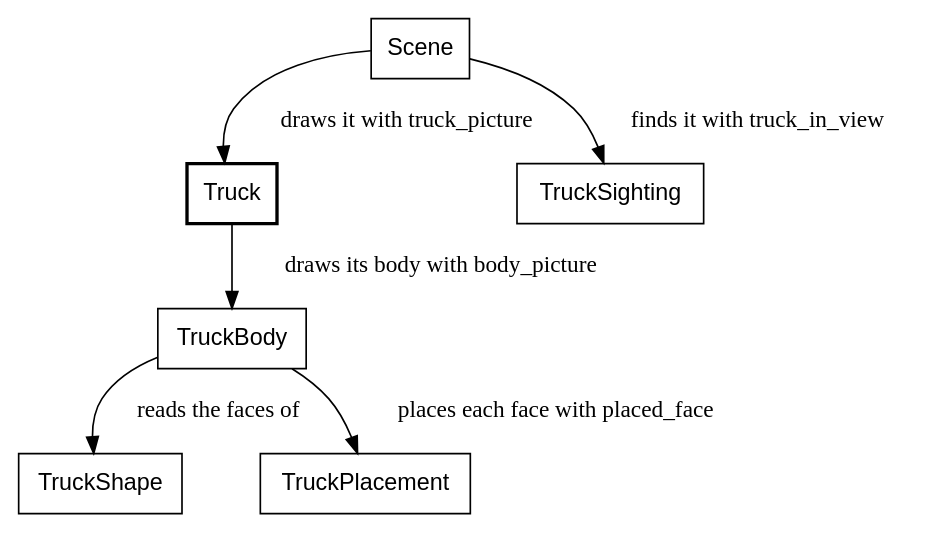
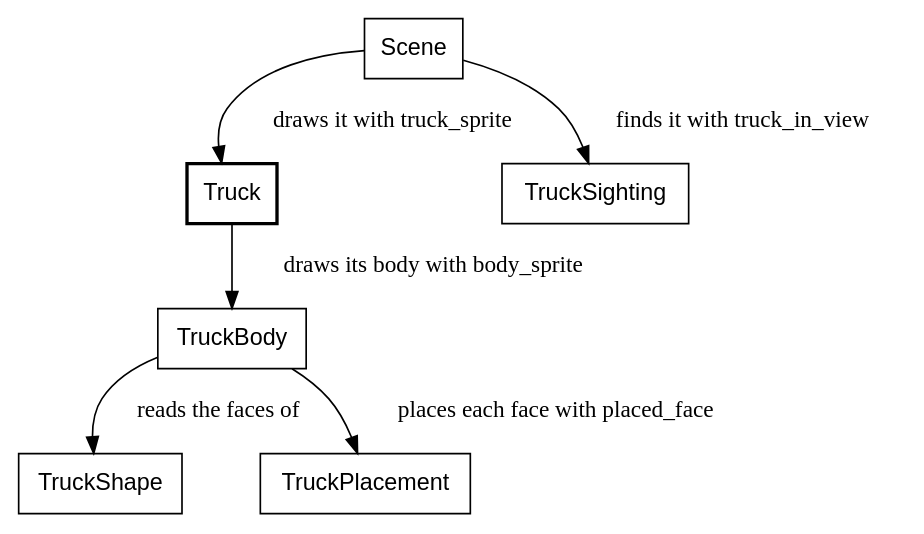
Diagram 19 of 29 in canvas_apps/safari/tutorial/tutorial.md (showell/roc-apps), drawn with Graphviz before and after one commit. The commit also changed other lines of this file and 27 other files, not shown here.

First line of the commit message:
Safari: rename Picture to Sprite

````diff
--- a/canvas_apps/safari/tutorial/tutorial.md
+++ b/canvas_apps/safari/tutorial/tutorial.md
@@ -2049,11 +2049,11 @@
 ```dot
 digraph truck_drawing {
   node [shape=box, fontname="Helvetica"];
   Truck [style=bold];
   Scene -> TruckSighting [label="  finds it with truck_in_view"];
-  Scene -> Truck [label="  draws it with truck_picture"];
-  Truck -> TruckBody [label="  draws its body with body_picture"];
+  Scene -> Truck [label="  draws it with truck_sprite"];
+  Truck -> TruckBody [label="  draws its body with body_sprite"];
   TruckBody -> TruckShape [label="  reads the faces of"];
   TruckBody -> TruckPlacement [label="  places each face with placed_face"];
 }
 ```
````
